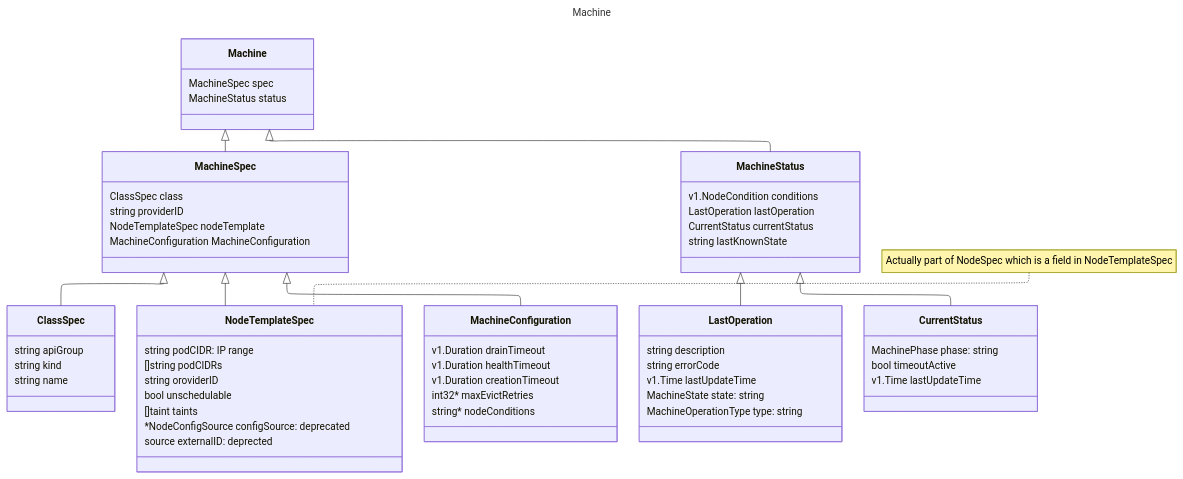
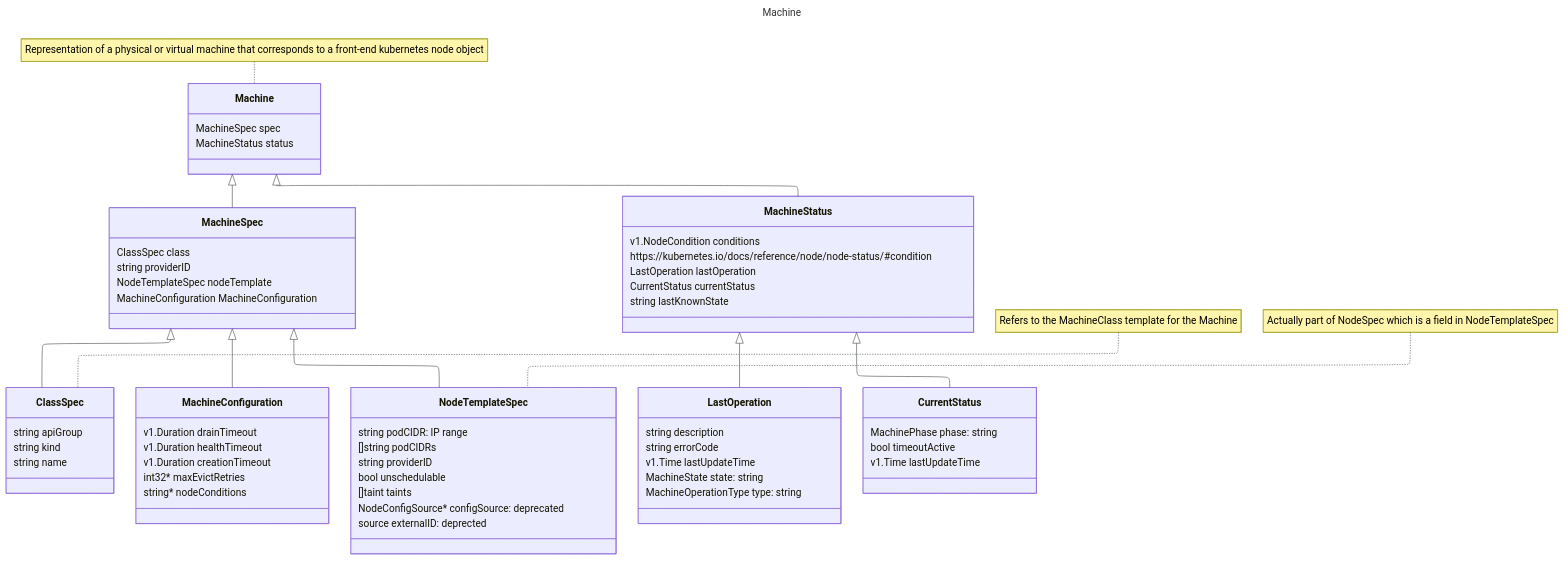
The first of 4 diagrams in content/notes/20241129T160749--mcm__k8s_sap_work.md (brongulus/brongulus.github.io), drawn with Mermaid before and after one commit. The commit also changed other lines of this file and 34 other files, not shown here.

````diff
--- a/content/notes/20241129T160749--mcm__k8s_sap_work.md
+++ b/content/notes/20241129T160749--mcm__k8s_sap_work.md
@@ -18,11 +30,12 @@
   class:
     hideEmptyMembersBox: true
 ---
+%%{init: { 'themeVariables': { 'lineColor': '#51565b'}}}%%
 classDiagram
    %% note "apiVersion, kind & metadata components have not been shown"
 
-   %% classDef Machine, MachineClass, MachineDeployment, MachineSet fill:#000;
    %% Machine ---------------------------------
+   note for Machine "Representation of a physical or virtual machine that corresponds to a front-end kubernetes node object"
    Machine <|-- MachineSpec
    Machine <|-- MachineStatus
    class Machine{
@@ -31,8 +44,8 @@
    }
    %%--
    MachineSpec <|-- ClassSpec
+   MachineSpec <|-- MachineConfiguration
    MachineSpec <|-- NodeTemplateSpec
-   MachineSpec <|-- MachineConfiguration
 
    class MachineSpec{
    ClassSpec class
@@ -46,14 +59,15 @@
    string kind
    string name
    }
+   note for ClassSpec "Refers to the MachineClass template for the Machine"
 
    class NodeTemplateSpec{
    string podCIDR: IP range
    []string podCIDRs
-   string oroviderID
+   string providerID
    bool unschedulable
    []taint taints
-   *NodeConfigSource configSource: deprecated
+   NodeConfigSource* configSource: deprecated
    source externalID: deprected
    }
    note for NodeTemplateSpec "Actually part of NodeSpec which is a field in NodeTemplateSpec"
@@ -70,6 +84,7 @@
    MachineStatus <|-- CurrentStatus
    class MachineStatus{
    v1.NodeCondition conditions
+https://kubernetes.io/docs/reference/node/node-status/#condition
    LastOperation lastOperation
    CurrentStatus currentStatus
    string lastKnownState
@@ -88,4 +103,6 @@
    bool timeoutActive
    v1.Time lastUpdateTime
    }
+
+   link MachineStatus "https://kubernetes.io/docs/reference/node/node-status/#condition"
 ```
````
